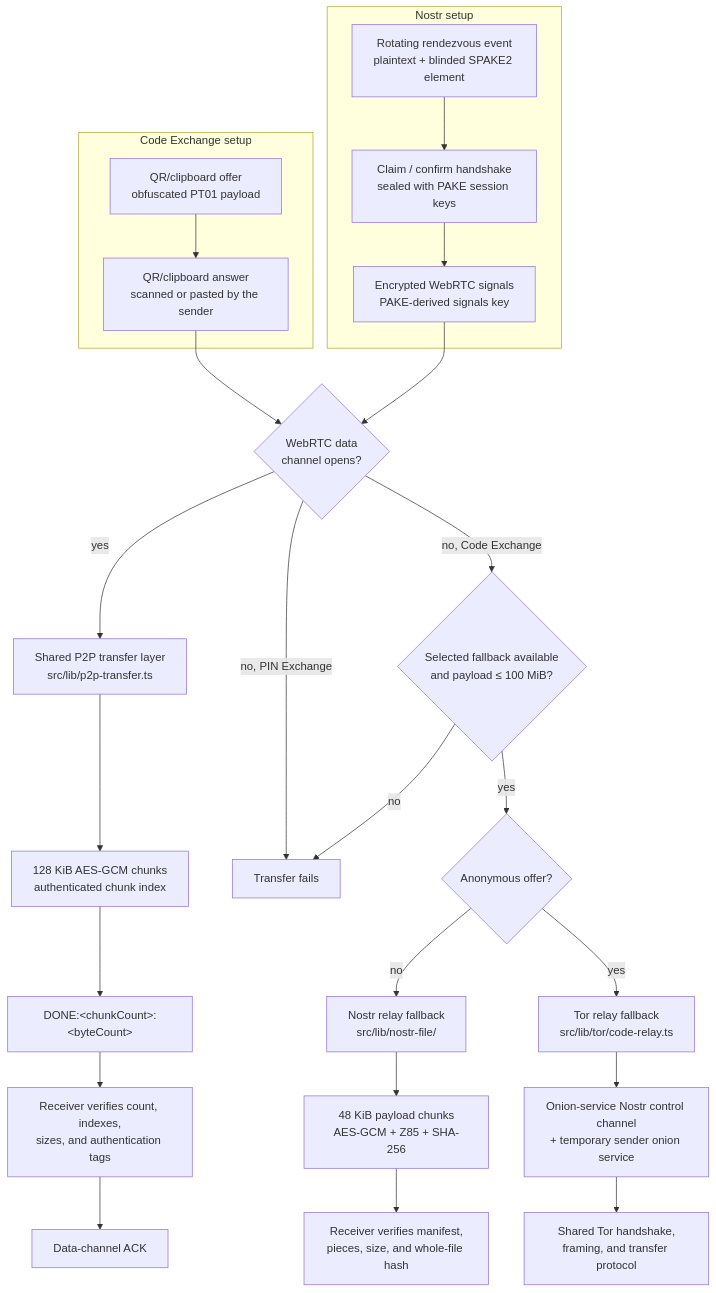
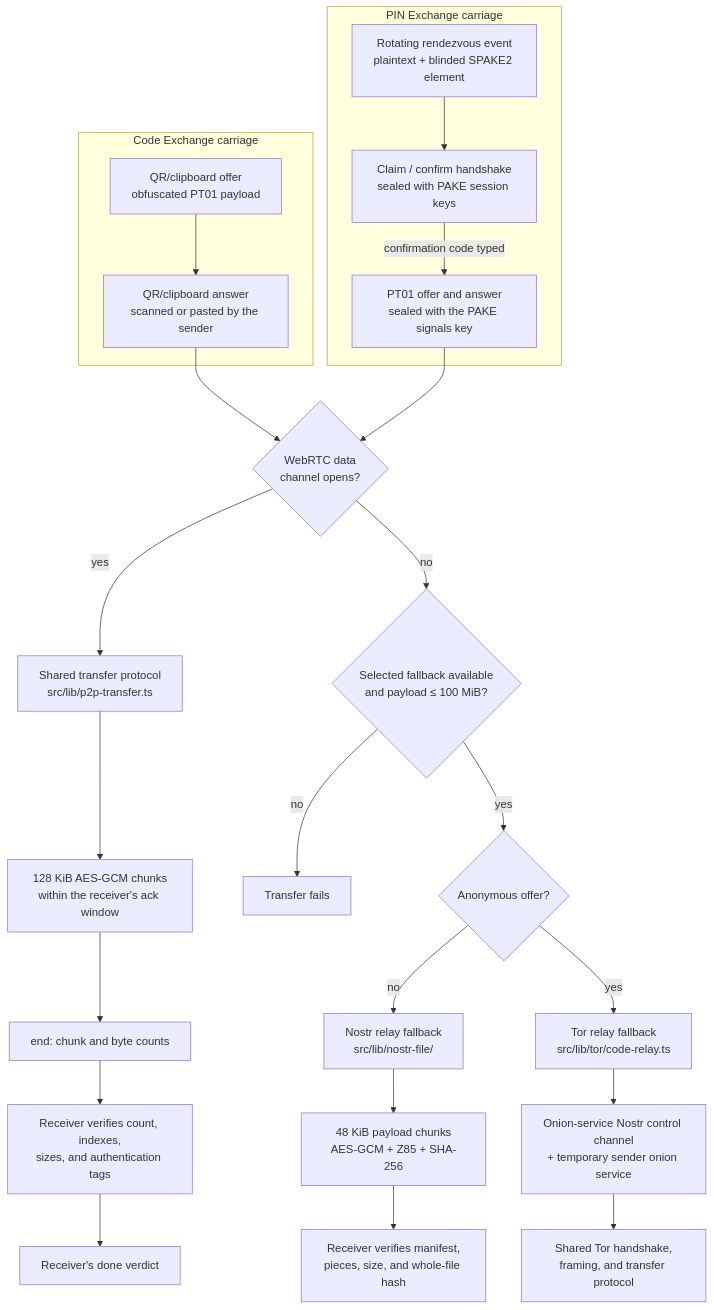
The first of 5 diagrams in docs/ARCHITECTURE.md (andrewtheguy/ptransfer), drawn with Mermaid before and after one commit. The commit also changed other lines of this file and 40 other files, not shown here.

````diff
--- a/docs/ARCHITECTURE.md
+++ b/docs/ARCHITECTURE.md
@@ -94,34 +95,33 @@
 ```mermaid
 flowchart TD
-    subgraph Nostr[Nostr setup]
+    subgraph Nostr[PIN Exchange carriage]
         N1[Rotating rendezvous event<br/>plaintext + blinded SPAKE2 element]
         N2[Claim / confirm handshake<br/>sealed with PAKE session keys]
-        N3[Encrypted WebRTC signals<br/>PAKE-derived signals key]
+        N3[PT01 offer and answer<br/>sealed with the PAKE signals key]
         N1 --> N2
-        N2 --> N3
+        N2 -->|confirmation code typed| N3
     end
 
-    subgraph Code[Code Exchange setup]
+    subgraph Code[Code Exchange carriage]
         M1[QR/clipboard offer<br/>obfuscated PT01 payload]
         M2[QR/clipboard answer<br/>scanned or pasted by the sender]
         M1 --> M2
     end
 
     N3 --> Direct{WebRTC data<br/>channel opens?}
     M2 --> Direct
-    Direct -->|yes| Transfer[Shared P2P transfer layer<br/>src/lib/p2p-transfer.ts]
-    Direct -->|no, PIN Exchange| Failed[Transfer fails]
-    Direct -->|no, Code Exchange| Eligible{Selected fallback available<br/>and payload ≤ 100 MiB?}
-    Eligible -->|no| Failed
+    Direct -->|yes| Transfer[Shared transfer protocol<br/>src/lib/p2p-transfer.ts]
+    Direct -->|no| Eligible{Selected fallback available<br/>and payload ≤ 100 MiB?}
+    Eligible -->|no| Failed[Transfer fails]
     Eligible -->|yes| Anonymous{Anonymous offer?}
     Anonymous -->|no| Relay[Nostr relay fallback<br/>src/lib/nostr-file/]
     Relay --> RelayChunks[48 KiB payload chunks<br/>AES-GCM + Z85 + SHA-256]
     RelayChunks --> RelayDone[Receiver verifies manifest,<br/>pieces, size, and whole-file hash]
     Anonymous -->|yes| TorRelay[Tor relay fallback<br/>src/lib/tor/code-relay.ts]
     TorRelay --> TorChunks[Onion-service Nostr control channel<br/>+ temporary sender onion service]
     TorChunks --> TorDone[Shared Tor handshake,<br/>framing, and transfer protocol]
-    Transfer --> Chunks[128 KiB AES-GCM chunks<br/>authenticated chunk index]
-    Chunks --> Done[DONE:&lt;chunkCount&gt;:&lt;byteCount&gt;]
+    Transfer --> Chunks[128 KiB AES-GCM chunks<br/>within the receiver's ack window]
+    Chunks --> Done[end: chunk and byte counts]
     Done --> Verify[Receiver verifies count, indexes,<br/>sizes, and authentication tags]
-    Verify --> Ack[Data-channel ACK]
+    Verify --> Ack[Receiver's done verdict]
 ```
````
